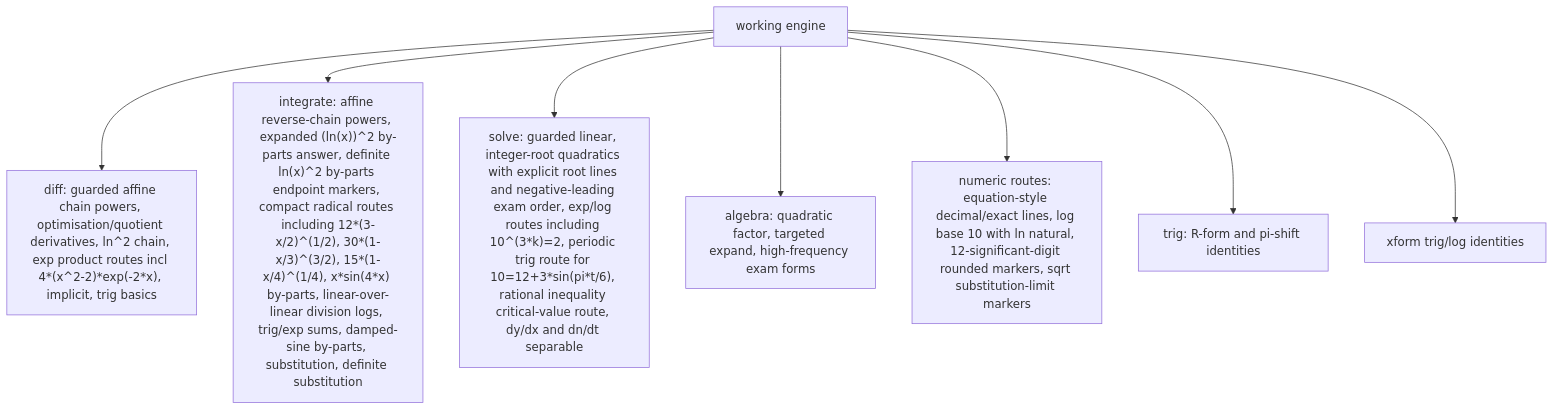
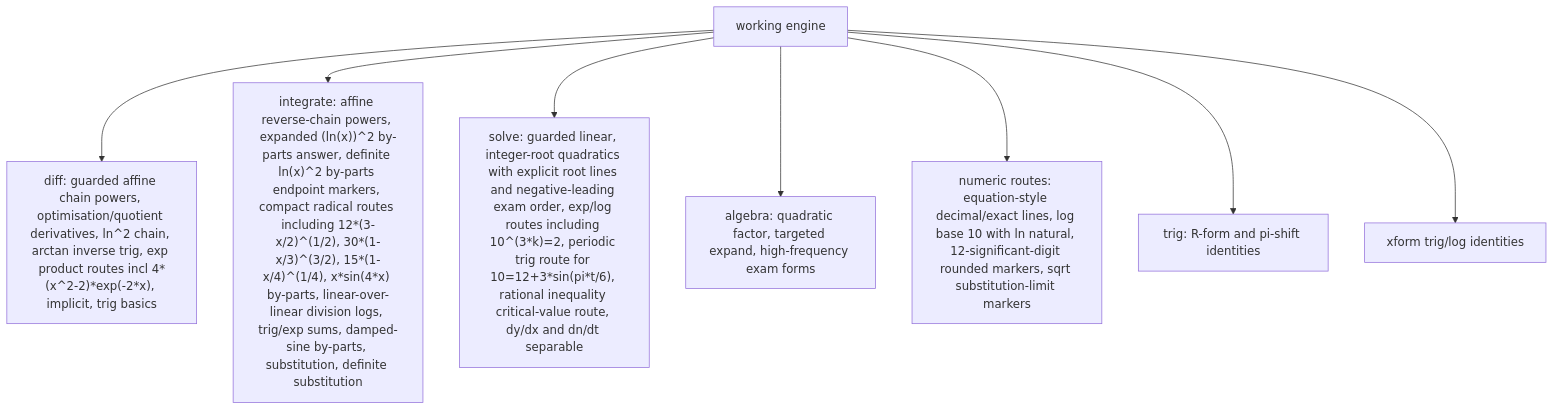
One commit to james8464/notes-addin-casio-fx-cg50 changed the third of 6 diagrams in docs/GRAPH.md. Above: the diagram before and after it, drawn with Mermaid. The commit also changed other lines of this file and 4 other files, not shown here.

````diff
--- a/docs/GRAPH.md
+++ b/docs/GRAPH.md
@@ -36,10 +36,10 @@
 ```mermaid
 graph TD
-  Work["working engine"] --> Diff["diff: guarded affine chain powers, optimisation/quotient derivatives, ln^2 chain, exp product routes incl 4*(x^2-2)*exp(-2*x), implicit, trig basics"]
+  Work["working engine"] --> Diff["diff: guarded affine chain powers, optimisation/quotient derivatives, ln^2 chain, arctan inverse trig, exp product routes incl 4*(x^2-2)*exp(-2*x), implicit, trig basics"]
   Work --> Int["integrate: affine reverse-chain powers, expanded (ln(x))^2 by-parts answer, definite ln(x)^2 by-parts endpoint markers, compact radical routes including 12*(3-x/2)^(1/2), 30*(1-x/3)^(3/2), 15*(1-x/4)^(1/4), x*sin(4*x) by-parts, linear-over-linear division logs, trig/exp sums, damped-sine by-parts, substitution, definite substitution"]
   Work --> Solve["solve: guarded linear, integer-root quadratics with explicit root lines and negative-leading exam order, exp/log routes including 10^(3*k)=2, periodic trig route for 10=12+3*sin(pi*t/6), rational inequality critical-value route, dy/dx and dn/dt separable"]
   Work --> Alg["algebra: quadratic factor, targeted expand, high-frequency exam forms"]
   Work --> Num["numeric routes: equation-style decimal/exact lines, log base 10 with ln natural, 12-significant-digit rounded markers, sqrt substitution-limit markers"]
   Work --> Trig["trig: R-form and pi-shift identities"]
   Work --> Xform["xform trig/log identities"]
 ```
````
